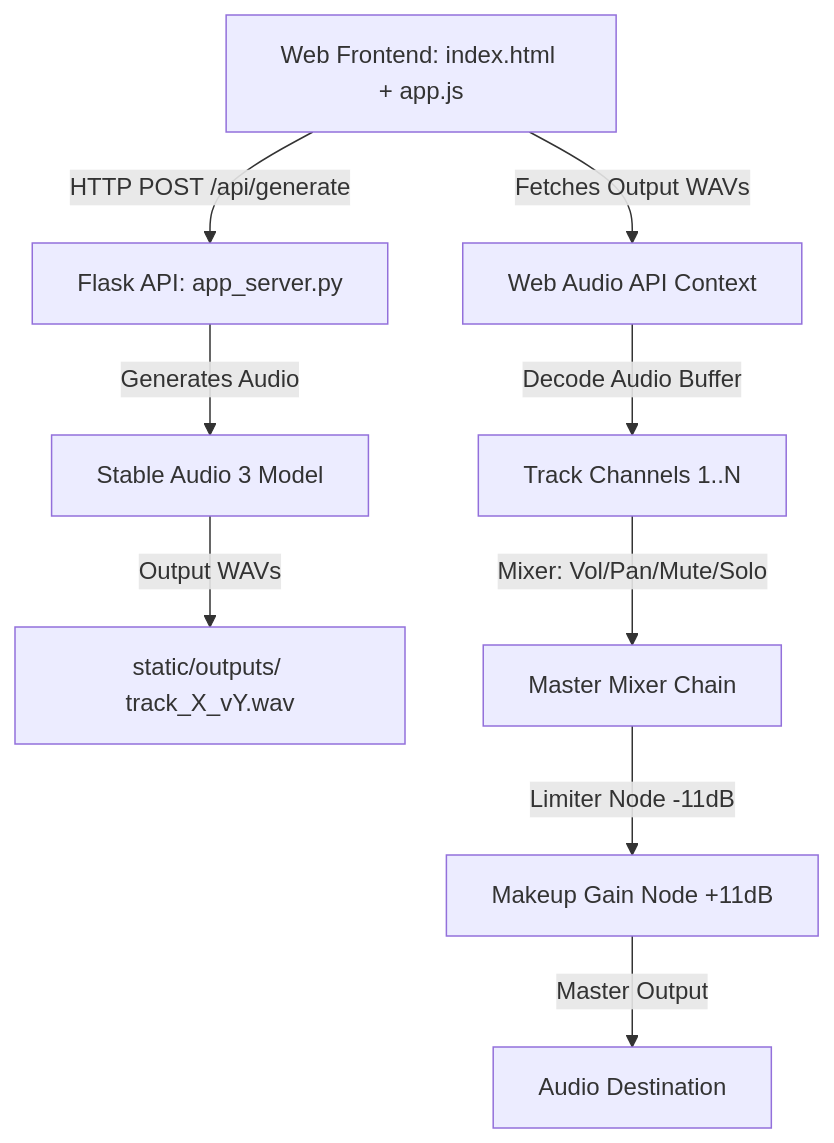
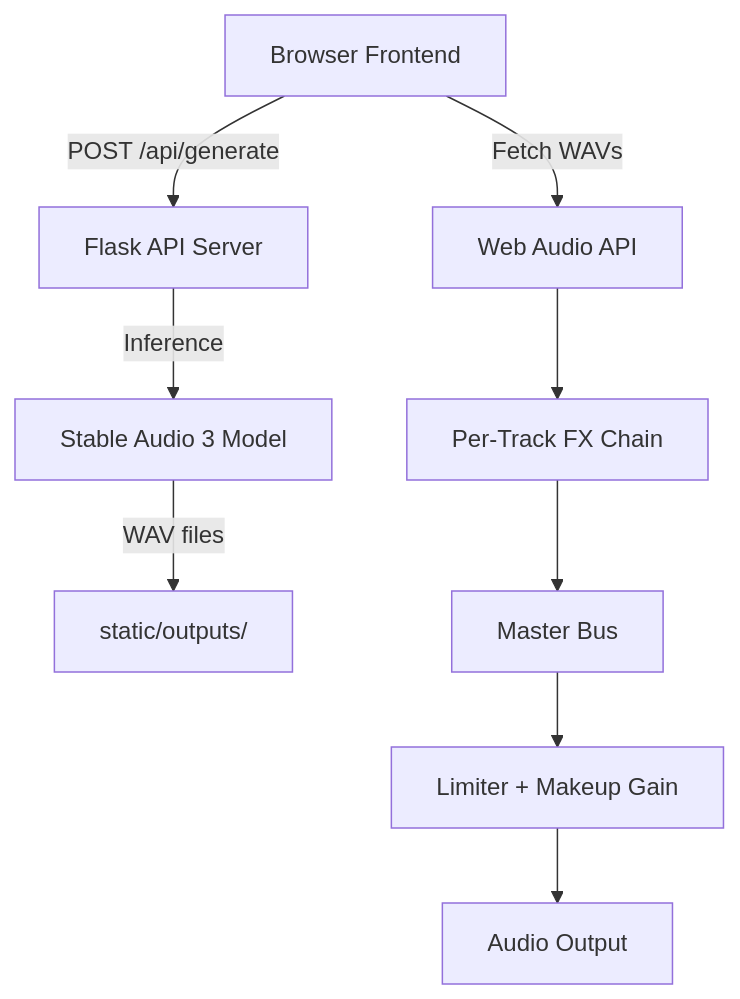
The diagram in loopmaster/wiki/Home.md (LevonFrench/LoopMasterSA), drawn with Mermaid before and after one commit. The commit also changed other lines of this file and 11 other files, not shown here.

````diff
--- a/loopmaster/wiki/Home.md
+++ b/loopmaster/wiki/Home.md
@@ -14,11 +11,11 @@
 ```mermaid
 graph TD
-    A[Web Frontend: index.html + app.js] -->|HTTP POST /api/generate| B[Flask API: app_server.py]
-    B -->|Generates Audio| C[Stable Audio 3 Model]
-    C -->|Output WAVs| D[static/outputs/ track_X_vY.wav]
-    A -->|Fetches Output WAVs| E[Web Audio API Context]
-    E -->|Decode Audio Buffer| F[Track Channels 1..N]
-    F -->|Mixer: Vol/Pan/Mute/Solo| G[Master Mixer Chain]
-    G -->|Limiter Node -11dB| H[Makeup Gain Node +11dB]
-    H -->|Master Output| I[Audio Destination]
+    A[Browser Frontend] -->|POST /api/generate| B[Flask API Server]
+    B -->|Inference| C[Stable Audio 3 Model]
+    C -->|WAV files| D[static/outputs/]
+    A -->|Fetch WAVs| E[Web Audio API]
+    E --> F[Per-Track FX Chain]
+    F --> G[Master Bus]
+    G --> H[Limiter + Makeup Gain]
+    H --> I[Audio Output]
 ```
````
